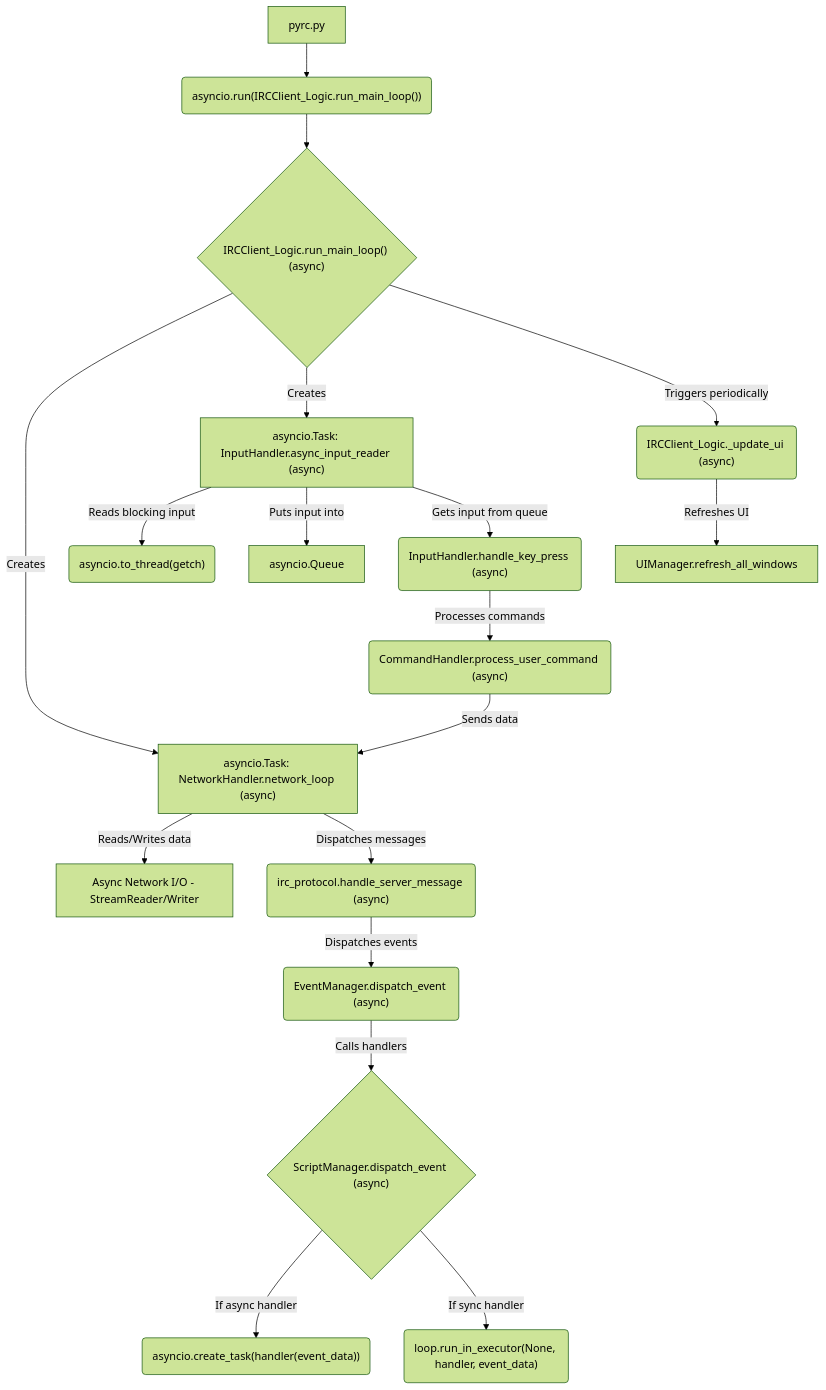
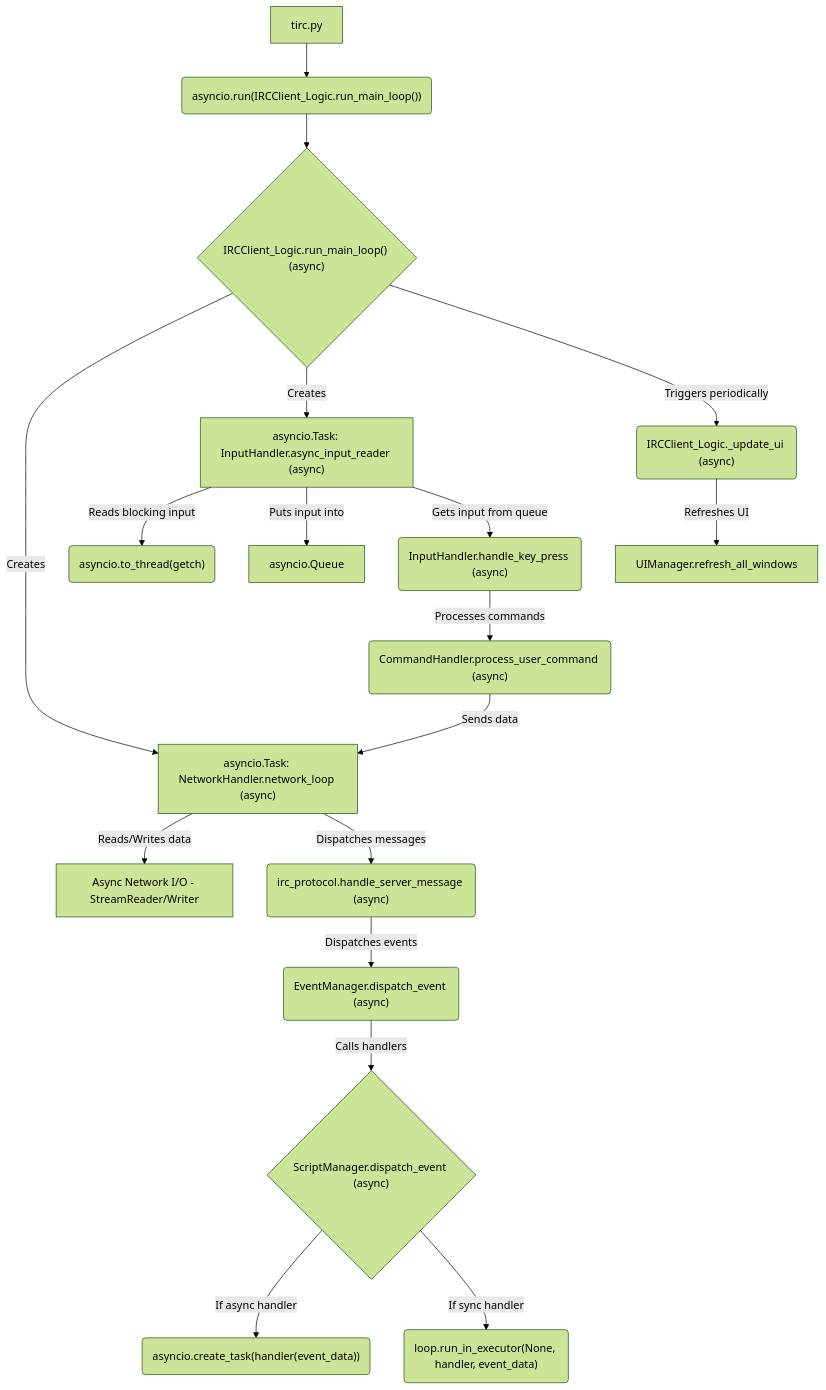
The second of 2 diagrams in README.md (edgeof8/tIRC), drawn with Mermaid (forest theme) before and after one commit. The commit also changed other lines of this file and 119 other files, not shown here.

````diff
--- a/README.md
+++ b/README.md
@@ -146,20 +146,20 @@
 ```mermaid
 graph TD
-    A[pyrc.py] --> B("asyncio.run(IRCClient_Logic.run_main_loop())")
+    A[tirc.py] --> B("asyncio.run(IRCClient_Logic.run_main_loop())")
     B --> C{"IRCClient_Logic.run_main_loop() (async)"}
     C -- Creates --> D["asyncio.Task: NetworkHandler.network_loop (async)"]
     C -- Creates --> E["asyncio.Task: InputHandler.async_input_reader (async)"]
     D -- Reads/Writes data --> F["Async Network I/O - StreamReader/Writer"]
     D -- Dispatches messages --> G("irc_protocol.handle_server_message (async)")
     E -- Reads blocking input --> H("asyncio.to_thread(getch)")
     E -- Puts input into --> I[asyncio.Queue]
     E -- Gets input from queue --> J("InputHandler.handle_key_press (async)")
     J -- Processes commands --> K("CommandHandler.process_user_command (async)")
     K -- Sends data --> D
     G -- Dispatches events --> L("EventManager.dispatch_event (async)")
     L -- Calls handlers --> M{"ScriptManager.dispatch_event (async)"}
     M -- If async handler --> N("asyncio.create_task(handler(event_data))")
     M -- If sync handler --> O("loop.run_in_executor(None, handler, event_data)")
     C -- Triggers periodically --> P("IRCClient_Logic._update_ui (async)")
     P -- Refreshes UI --> Q[UIManager.refresh_all_windows]
 ```
````
